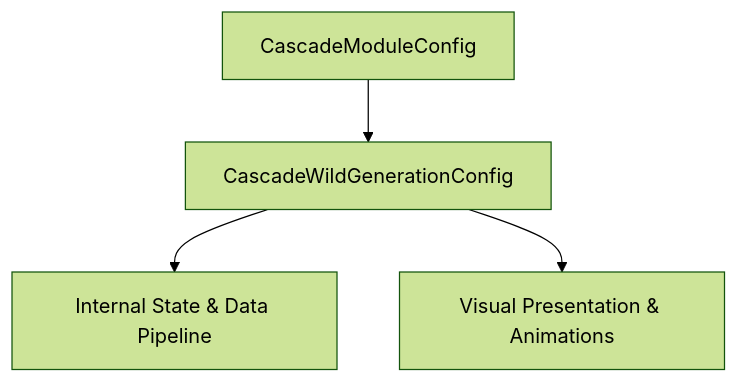
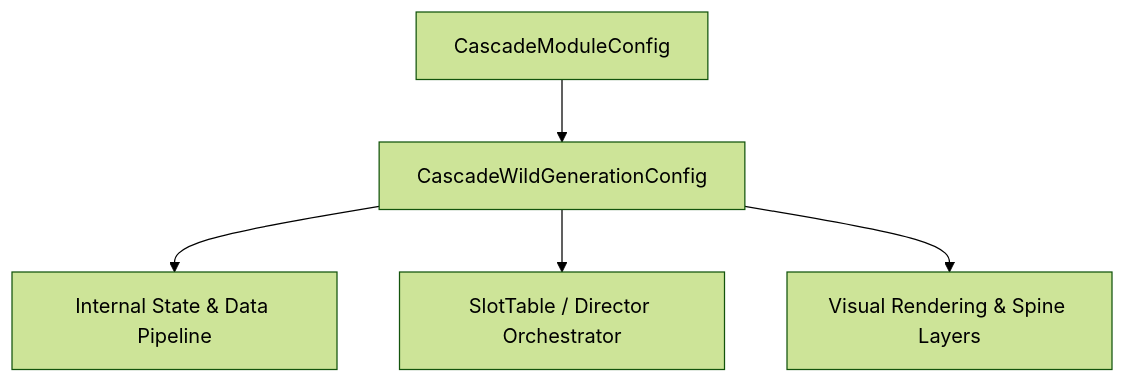
One commit to lam-ark/mcp-fwcc changed the diagram in docs/cc_slot_mechanics/modules/CascadeWildGenerationConfig/01_overview/01_architecture_and_role.md. Above: the diagram before and after it, drawn with Mermaid (forest theme). The commit also changed other lines of this file and 2509 other files, not shown here.

````diff
--- a/docs/cc_slot_mechanics/modules/CascadeWildGenerationConfig/01_overview/01_architecture_and_role.md
+++ b/docs/cc_slot_mechanics/modules/CascadeWildGenerationConfig/01_overview/01_architecture_and_role.md
@@ -18,6 +24,7 @@
 ```mermaid
 graph TD
-    Parent[CascadeModuleConfig] --> Mod[CascadeWildGenerationConfig]
-    Mod --> State[Internal State & Data Pipeline]
-    Mod --> Render[Visual Presentation & Animations]
+    SuperClass[CascadeModuleConfig] --> TargetClass[CascadeWildGenerationConfig]
+    TargetClass --> DataPipeline[Internal State & Data Pipeline]
+    TargetClass --> Orchestrator[SlotTable / Director Orchestrator]
+    TargetClass --> ViewLayer[Visual Rendering & Spine Layers]
 ```
````
